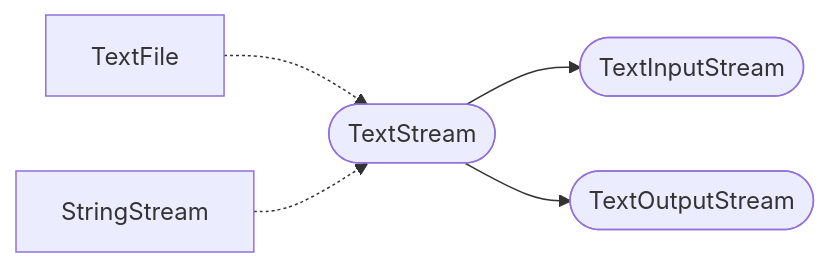
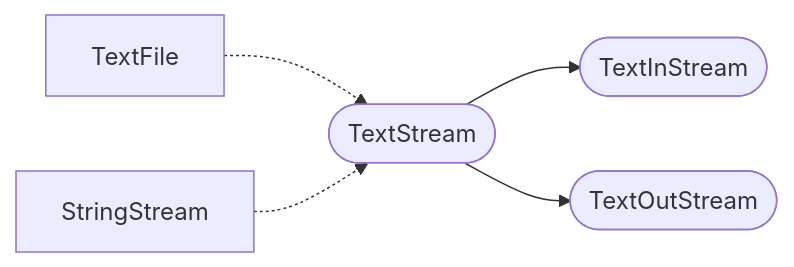
One commit to laro/Cilia changed the diagram in 2 Standard Lib/6 TextStream & CLI.md. Above: the diagram before and after it, drawn with Mermaid. The commit also changed other lines of this file and 1 other file, not shown here.

````diff
--- a/2 Standard Lib/6 TextStream & CLI.md
+++ b/2 Standard Lib/6 TextStream & CLI.md
@@ -96,15 +96,15 @@
 ```mermaid
 flowchart LR
     TextFile[TextFile]
     StringStream[StringStream]
 
     TextStream([TextStream])
-    TextInputStream([TextInputStream])
-    TextOutputStream([TextOutputStream])
+    TextInStream([TextInStream])
+    TextOutStream([TextOutStream])
 
     TextFile -.-> TextStream
     StringStream -.-> TextStream
 
-    TextStream --> TextInputStream
-    TextStream --> TextOutputStream
+    TextStream --> TextInStream
+    TextStream --> TextOutStream
 ```
````
